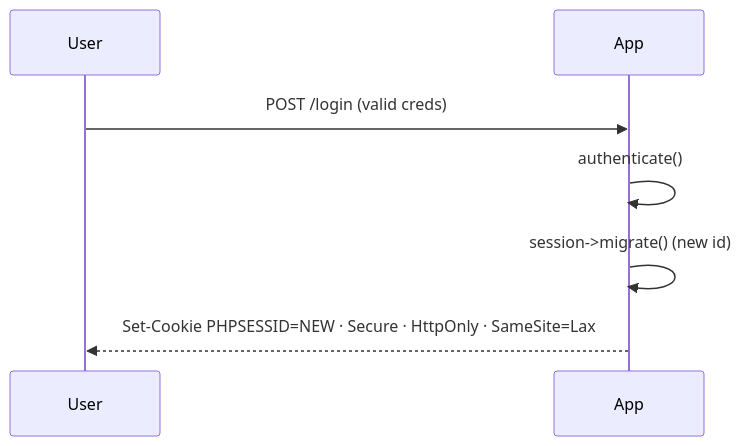
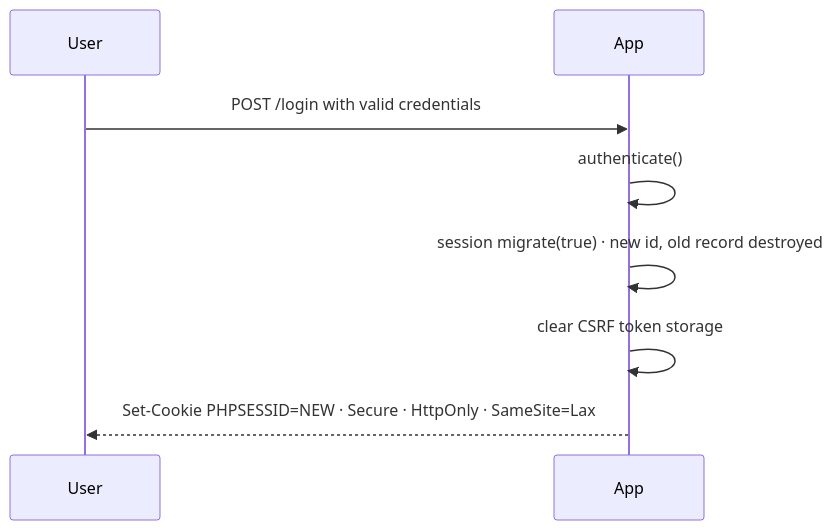
One commit to jasseryah-mazars/Sf-8.0 changed the third of 3 diagrams in docs/php-web-security/web-security.md. Above: the diagram before and after it, drawn with Mermaid. The commit also changed other lines of this file and 14 other files, not shown here.

````diff
--- a/docs/php-web-security/web-security.md
+++ b/docs/php-web-security/web-security.md
@@ -143,9 +419,10 @@
 ```mermaid
 sequenceDiagram
     participant U as User
     participant A as App
-    U->>A: POST /login (valid creds)
+    U->>A: POST /login with valid credentials
     A->>A: authenticate()
-    A->>A: session->migrate() (new id)
+    A->>A: session migrate(true) · new id, old record destroyed
+    A->>A: clear CSRF token storage
     A-->>U: Set-Cookie PHPSESSID=NEW · Secure · HttpOnly · SameSite=Lax
 ```
````
